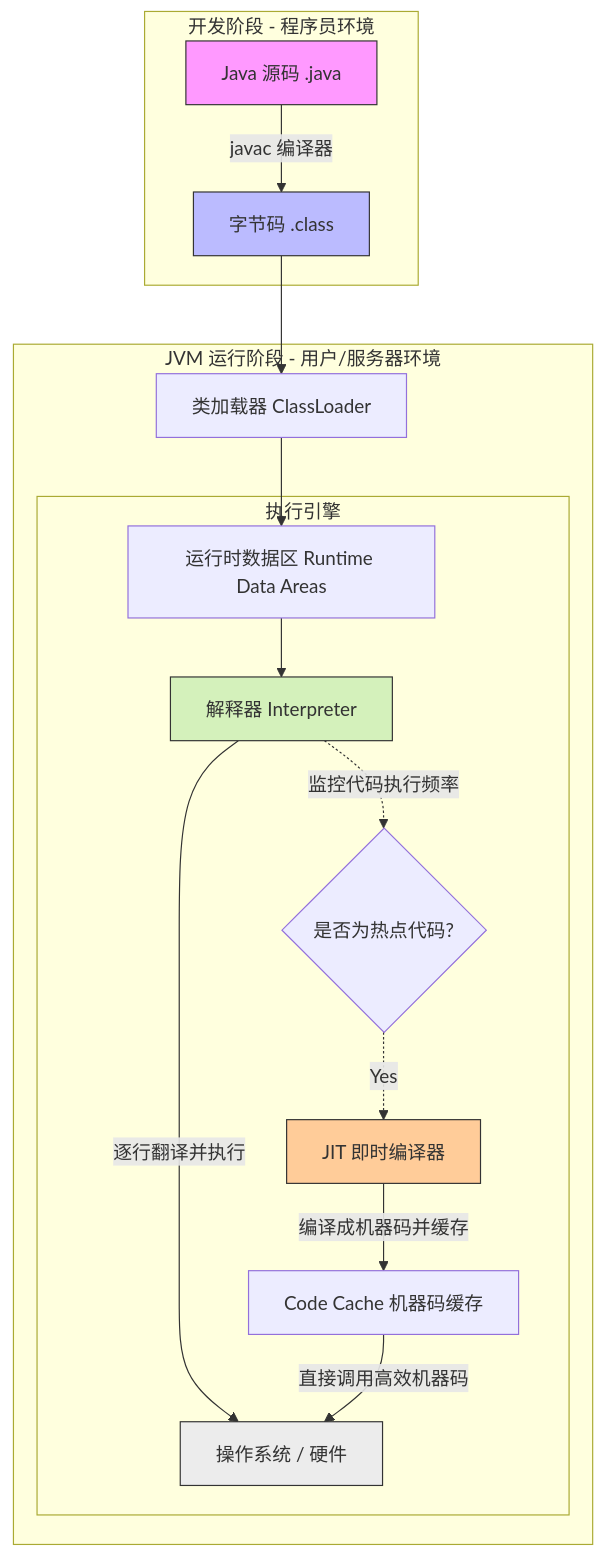
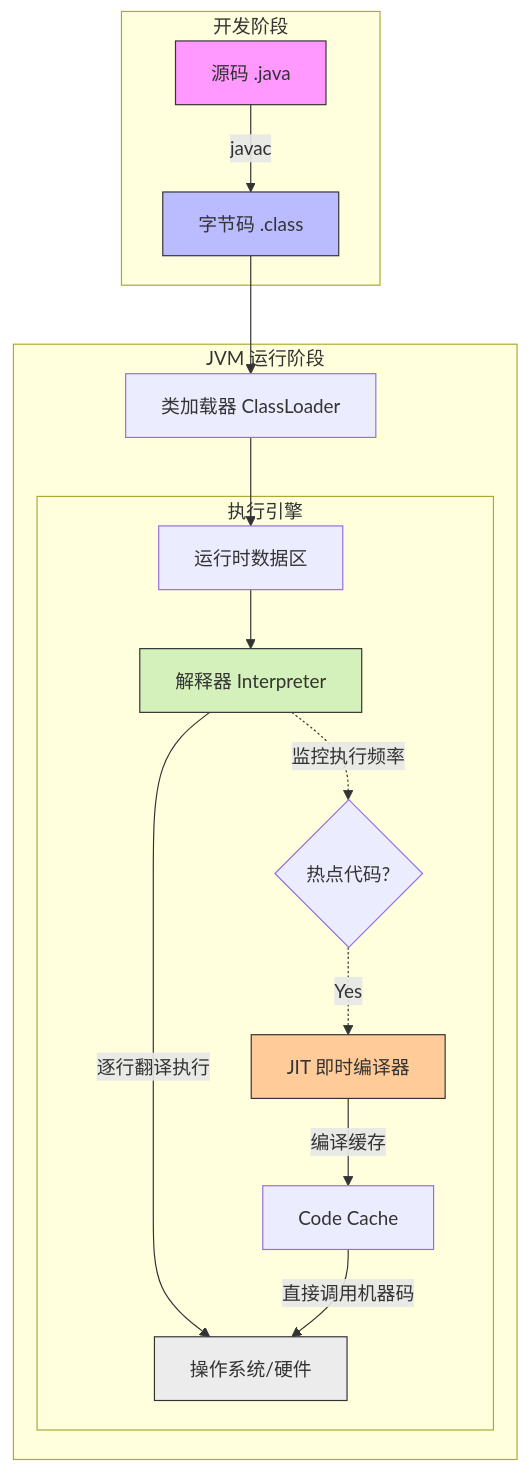
Before and after one commit to AC-AntonioChen/obsidian_study_note: the diagram in 01-学习/02_训练营/04_Java/笔记.md, drawn with Mermaid. The commit also changed other lines of this file and 1 other file, not shown here.

````diff
--- a/01-学习/02_训练营/04_Java/笔记.md
+++ b/01-学习/02_训练营/04_Java/笔记.md
@@ -3,49 +33,49 @@
 ```mermaid
+
 graph TD
 
-    subgraph Development [开发阶段 - 程序员环境]
+    subgraph Development [开发阶段]
 
-        A[Java 源码 .java] -->|javac 编译器| B[字节码 .class]
+        A[源码 .java] -->|javac| B[字节码 .class]
 
     end
 
   
 
-    subgraph JVM_Runtime [JVM 运行阶段 - 用户/服务器环境]
+    subgraph JVM_Runtime [JVM 运行阶段]
 
         B --> C[类加载器 ClassLoader]
 
-        C --> D[运行时数据区 Runtime Data Areas]
+        C --> D[运行时数据区]
 
         subgraph Execution_Engine [执行引擎]
 
             D --> E[解释器 Interpreter]
 
-            E -->|逐行翻译并执行| F[操作系统 / 硬件]
+            E -->|逐行翻译执行| F[操作系统/硬件]
 
-            E -.->|监控代码执行频率| G{是否为热点代码?}
+            E -.->|监控执行频率| G{热点代码?}
 
             G -.->|Yes| H[JIT 即时编译器]
 
-            H -->|编译成机器码并缓存| I[Code Cache 机器码缓存]
+            H -->|编译缓存| I[Code Cache]
 
-            I -->|直接调用高效机器码| F
+            I -->|直接调用机器码| F
 
         end
 
     end
 
   
-
-    %% 节点颜色区分
 
     style A fill:#f9f,stroke:#333
 
     style B fill:#bbf,stroke:#333
 
     style E fill:#d4f1bb,stroke:#333
 
     style H fill:#ffcc99,stroke:#333
 
     style F fill:#ececec,stroke:#333
+
 ```
````
